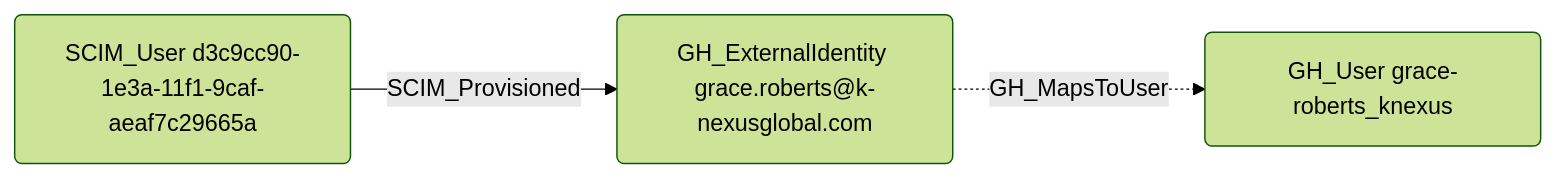
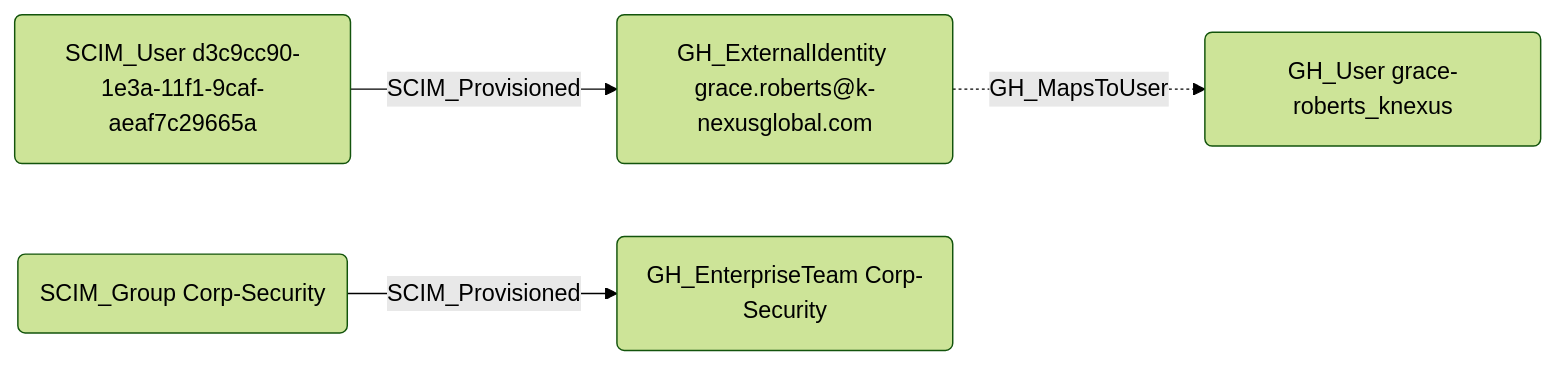
One commit to SpecterOps/GitHound changed the diagram in Documentation/EdgeDescriptions/SCIM_Provisioned.md. Above: the diagram before and after it, drawn with Mermaid (forest theme). The commit also changed other lines of this file and 3 other files, not shown here.

````diff
--- a/Documentation/EdgeDescriptions/SCIM_Provisioned.md
+++ b/Documentation/EdgeDescriptions/SCIM_Provisioned.md
@@ -21,9 +34,12 @@
 ```mermaid
 graph LR
     scimUser("SCIM_User d3c9cc90-1e3a-11f1-9caf-aeaf7c29665a")
     extId("GH_ExternalIdentity grace.roberts@k-nexusglobal.com")
     ghUser("GH_User grace-roberts_knexus")
+    scimGroup("SCIM_Group Corp-Security")
+    entTeam("GH_EnterpriseTeam Corp-Security")
 
     scimUser -- SCIM_Provisioned --> extId
+    scimGroup -- SCIM_Provisioned --> entTeam
     extId -. GH_MapsToUser .-> ghUser
 ```
````
